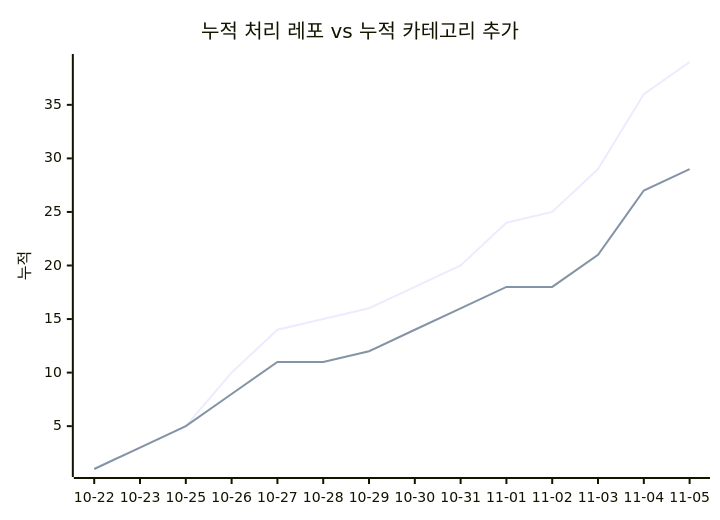
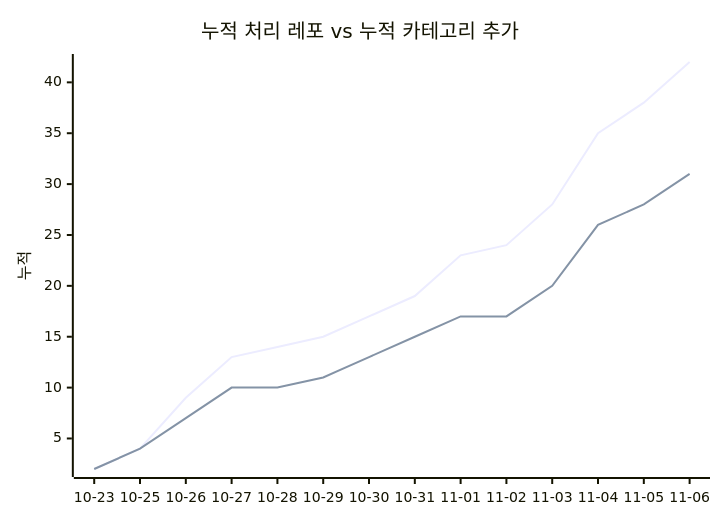
The second of 2 diagrams in docs/trends.md (J-nowcow/awesome-korean-agent-skills), drawn with Mermaid before and after one commit. The commit also changed other lines of this file and 6 other files, not shown here.

````diff
--- a/docs/trends.md
+++ b/docs/trends.md
@@ -68,8 +68,8 @@
 ```mermaid
 xychart-beta
     title "누적 처리 레포 vs 누적 카테고리 추가"
-    x-axis ["10-22","10-23","10-25","10-26","10-27","10-28","10-29","10-30","10-31","11-01","11-02","11-03","11-04","11-05"]
+    x-axis ["10-23","10-25","10-26","10-27","10-28","10-29","10-30","10-31","11-01","11-02","11-03","11-04","11-05","11-06"]
     y-axis "누적"
-    line [1,3,5,10,14,15,16,18,20,24,25,29,36,39]
-    line [1,3,5,8,11,11,12,14,16,18,18,21,27,29]
+    line [2,4,9,13,14,15,17,19,23,24,28,35,38,42]
+    line [2,4,7,10,10,11,13,15,17,17,20,26,28,31]
 ```
````
